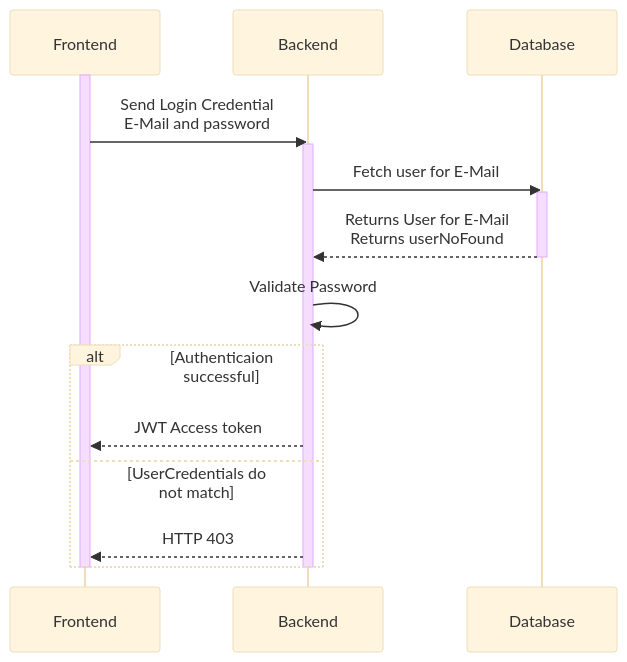
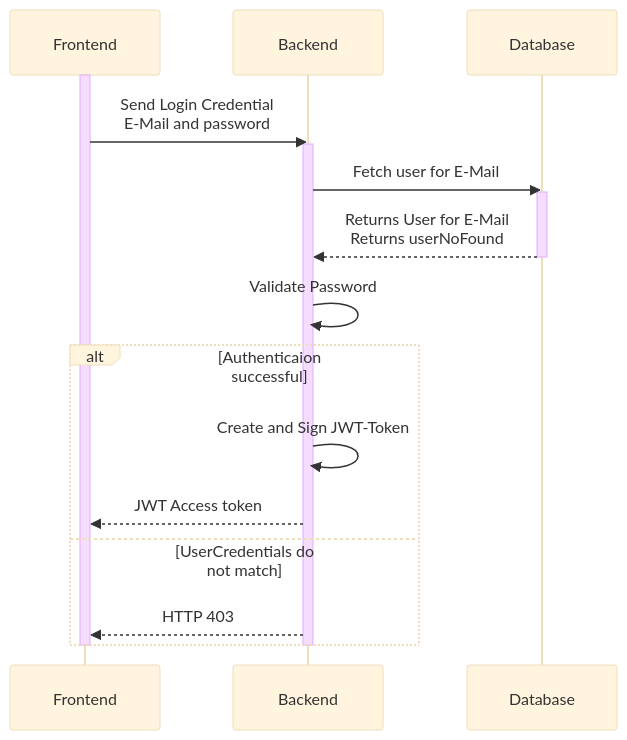
Before and after one commit to deepspace1000/V7_Website: the second of 3 diagrams in doc/architecture/README.md, drawn with Mermaid (base theme). The commit also changed other lines of this file, not shown here.

Commit message:
docs(V7WE-18): added sequence diagram

````diff
--- a/doc/architecture/README.md
+++ b/doc/architecture/README.md
@@ -65,22 +78,23 @@
 ```mermaid
 sequenceDiagram
     participant fe as Frontend
     participant be as Backend
     participant db as Database
     
     activate fe
     fe ->>be: Send Login Credential <br> E-Mail and password
     activate be
     be ->> db: Fetch user for E-Mail
     activate db
     db -->> be: Returns User for E-Mail <br> Returns userNoFound
     deactivate db
     be ->> be: Validate Password
     alt Authenticaion successful 
-        be -->> fe: JWT Access token
+        be ->> be: Create and Sign JWT-Token
+        be -->> fe: JWT Access token 
     else UserCredentials do not match
         be -->> fe: HTTP 403
     end
     deactivate be
     deactivate fe
 ```
````
